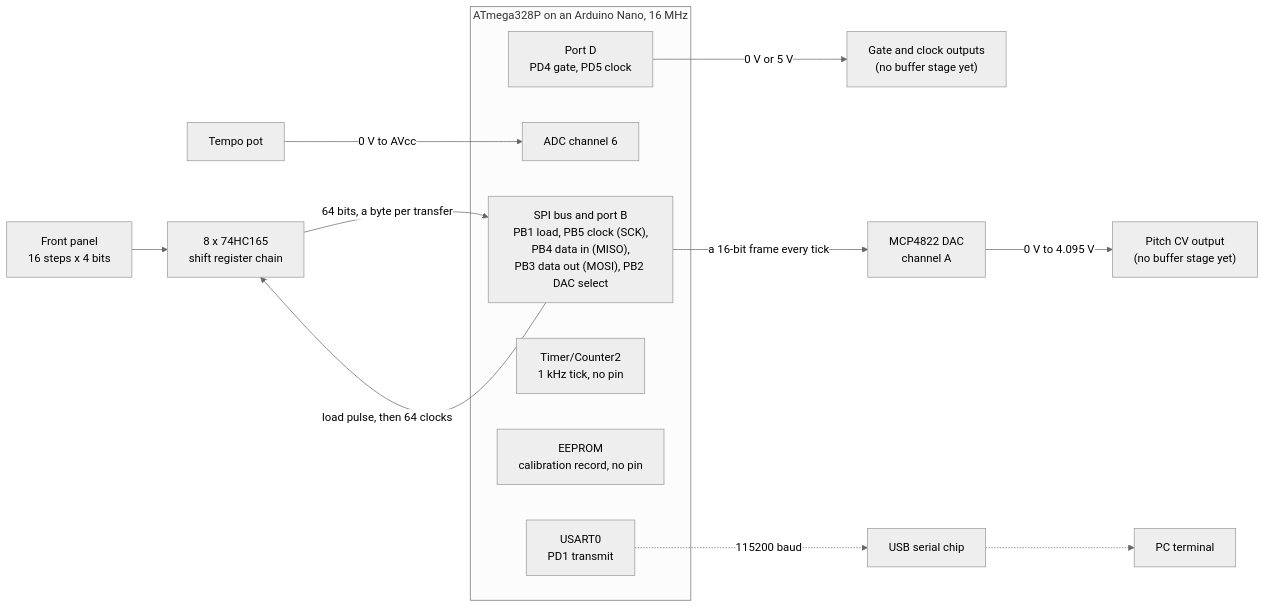
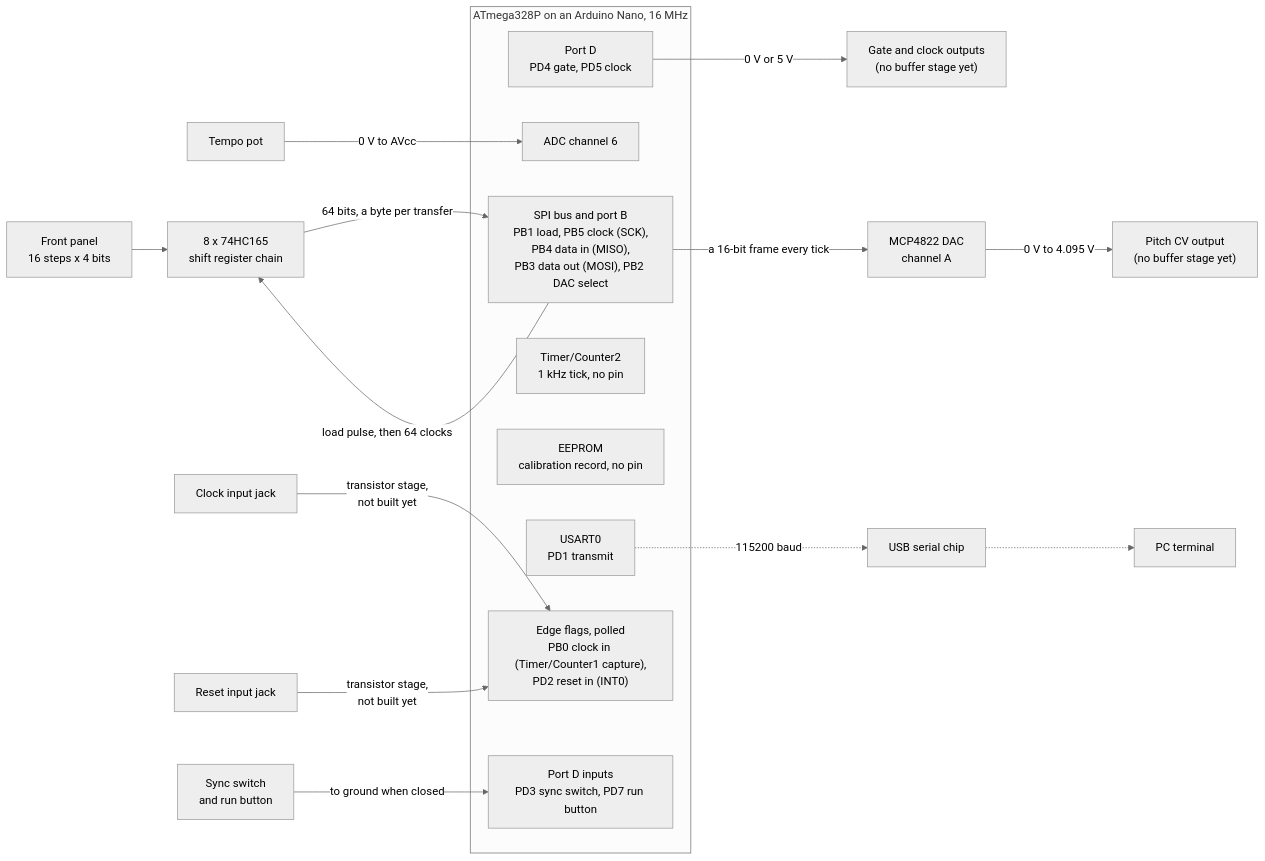
The first of 26 diagrams in docs/ARCHITECTURE.md (BonelessPig/nano_sequencer), drawn with Mermaid (neutral theme) before and after one commit. The commit also changed other lines of this file and 66 other files, not shown here.

First line of the commit message:
Phase 6: clock and reset inputs, a run button and a sync switch

````diff
--- a/docs/ARCHITECTURE.md
+++ b/docs/ARCHITECTURE.md
@@ -30,21 +31,26 @@
 ```mermaid
 flowchart LR
     panel["Front panel<br/>16 steps x 4 bits"] --> chain["8 x 74HC165<br/>shift register chain"]
     pot["Tempo pot"]
     subgraph mcu["ATmega328P on an Arduino Nano, 16 MHz"]
         gpio["SPI bus and port B<br/>PB1 load, PB5 clock (SCK),<br/>PB4 data in (MISO),<br/>PB3 data out (MOSI), PB2 DAC select"]
         adc["ADC channel 6"]
         usart["USART0<br/>PD1 transmit"]
         timer["Timer/Counter2<br/>1 kHz tick, no pin"]
         eeprom["EEPROM<br/>calibration record, no pin"]
         outs["Port D<br/>PD4 gate, PD5 clock"]
+        edges["Edge flags, polled<br/>PB0 clock in (Timer/Counter1 capture),<br/>PD2 reset in (INT0)"]
+        levels["Port D inputs<br/>PD3 sync switch, PD7 run button"]
     end
+    clkjack["Clock input jack"] -->|"transistor stage,<br/>not built yet"| edges
+    rstjack["Reset input jack"] -->|"transistor stage,<br/>not built yet"| edges
+    sw["Sync switch<br/>and run button"] -->|"to ground when closed"| levels
     outs -->|"0 V or 5 V"| jacks["Gate and clock outputs<br/>(no buffer stage yet)"]
     gpio -->|"load pulse, then 64 clocks"| chain
     gpio -->|"a 16-bit frame every tick"| dac["MCP4822 DAC<br/>channel A"]
     dac -->|"0 V to 4.095 V"| cvjack["Pitch CV output<br/>(no buffer stage yet)"]
     chain -->|"64 bits, a byte per transfer"| gpio
     pot -->|"0 V to AVcc"| adc
     usart -.->|"115200 baud"| usb["USB serial chip"]
     usb -.-> pc["PC terminal"]
 ```
````
